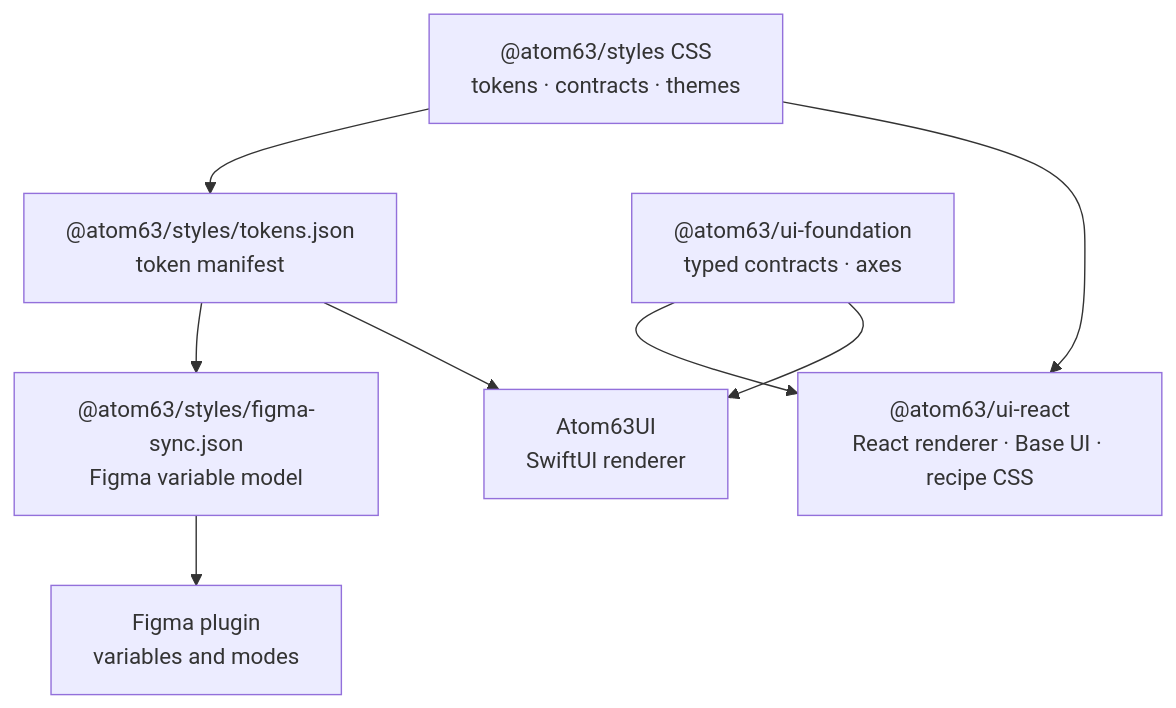
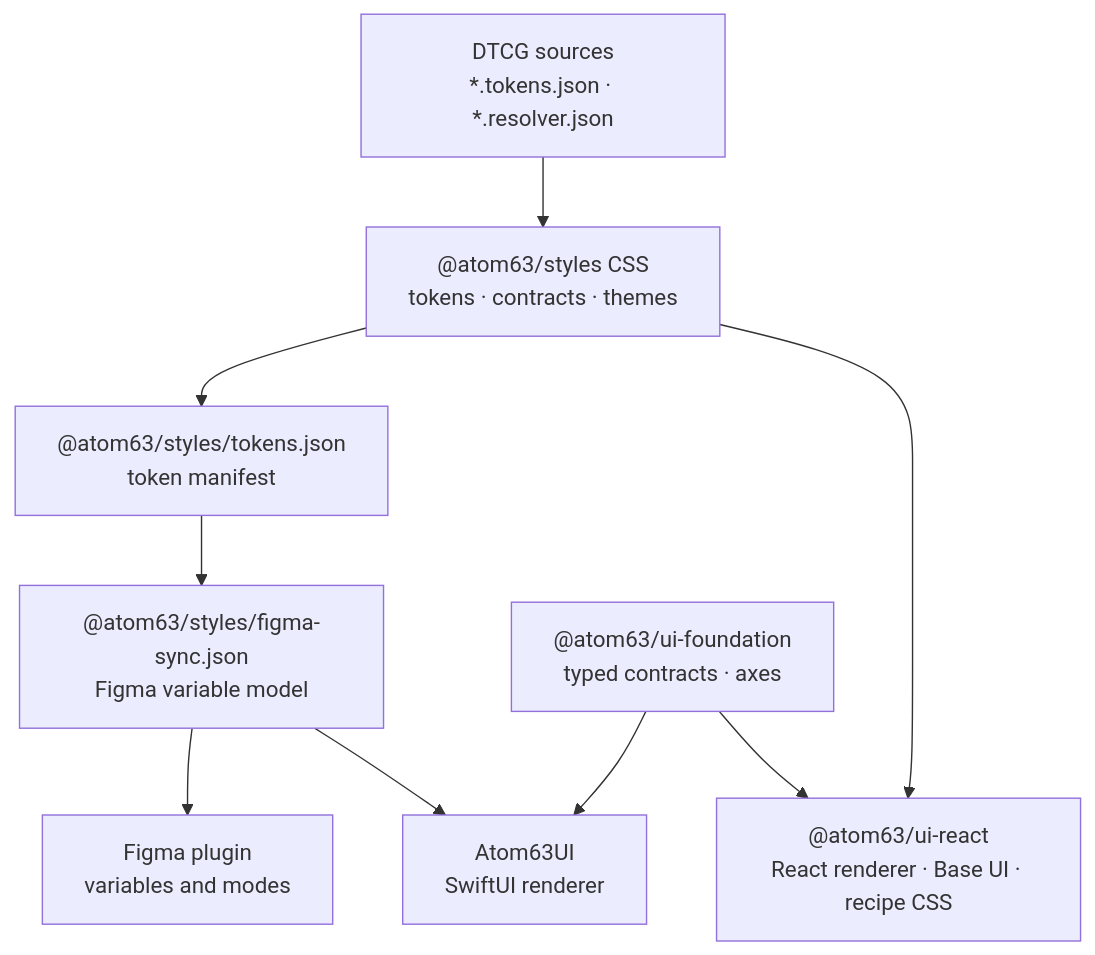
One commit to atom63/atom63-design-system changed the first of 2 diagrams in apps/docs/src/pages/architecture-overview.mdx. Above: the diagram before and after it, drawn with Mermaid. The commit also changed other lines of this file and 12 other files, not shown here.

First line of the commit message:
docs: describe tokens as DTCG sources and record phase B progress (#38)

````diff
--- a/apps/docs/src/pages/architecture-overview.mdx
+++ b/apps/docs/src/pages/architecture-overview.mdx
@@ -16,18 +16,20 @@
 ```mermaid
 flowchart TD
+  dtcg["DTCG sources<br/>*.tokens.json · *.resolver.json"]
   css["@atom63/styles CSS<br/>tokens · contracts · themes"]
   manifest["@atom63/styles/tokens.json<br/>token manifest"]
   figmaModel["@atom63/styles/figma-sync.json<br/>Figma variable model"]
   foundation["@atom63/ui-foundation<br/>typed contracts · axes"]
   react["@atom63/ui-react<br/>React renderer · Base UI · recipe CSS"]
   ios["Atom63UI<br/>SwiftUI renderer"]
   figma["Figma plugin<br/>variables and modes"]
 
+  dtcg --> css
   css --> manifest
   manifest --> figmaModel
   css --> react
   foundation --> react
   foundation --> ios
-  manifest --> ios
+  figmaModel --> ios
   figmaModel --> figma
 ```
````
